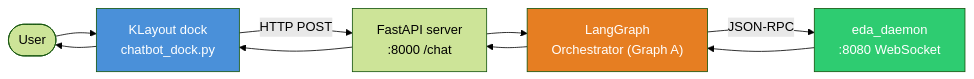
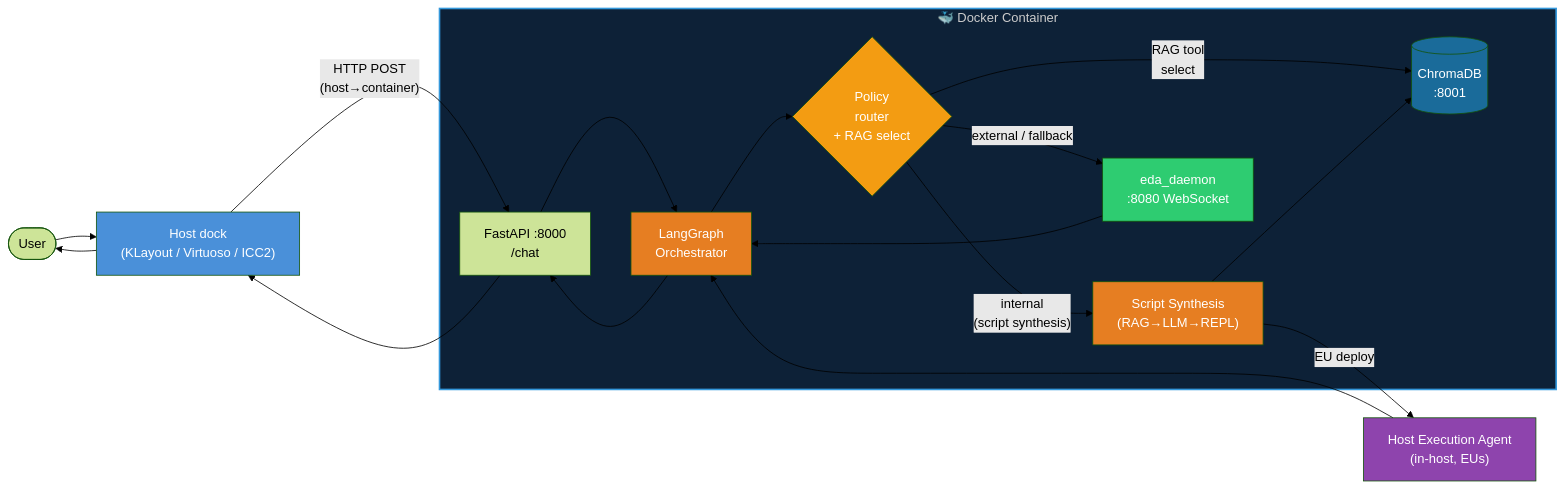
One commit to sandipanghosh81/programming changed the first of 11 diagrams in vlsi/docs/architecture.md. Above: the diagram before and after it, drawn with Mermaid (forest theme). The commit also changed other lines of this file and 5 other files, not shown here.

````diff
--- a/vlsi/docs/architecture.md
+++ b/vlsi/docs/architecture.md
@@ -23,21 +44,36 @@
 ```mermaid
 flowchart LR
     User([User])
-    KL["KLayout dock<br/>chatbot_dock.py"]
-    API["FastAPI server<br/>:8000 /chat"]
-    G["LangGraph<br/>Orchestrator (Graph A)"]
-    D["eda_daemon<br/>:8080 WebSocket"]
+    Dock["Host dock\n(KLayout / Virtuoso / ICC2)"]
+    HEA["Host Execution Agent\n(in-host, EUs)"]
 
-    User --> KL
-    KL -- HTTP POST --> API
-    API --> G
-    G -- JSON-RPC --> D
+    subgraph DC["🐳 Docker Container"]
+        API["FastAPI :8000\n/chat"]
+        G["LangGraph\nOrchestrator"]
+        P{"Policy\nrouter\n+ RAG select"}
+        SS["Script Synthesis\n(RAG→LLM→REPL)"]
+        CDB[("ChromaDB\n:8001")]
+        D["eda_daemon\n:8080 WebSocket"]
+    end
+
+    User --> Dock
+    Dock -- "HTTP POST\n(host→container)" --> API
+    API --> G --> P
+    P -- "RAG tool\nselect" --> CDB
+    P -- "internal\n(script synthesis)" --> SS
+    SS --> CDB
+    SS -- "EU deploy" --> HEA
+    P -- "external / fallback" --> D
+    HEA --> G
     D --> G
-    G --> API
-    API --> KL
-    KL --> User
+    G --> API --> Dock --> User
 
     style G fill:#e67e22,color:#fff
+    style P fill:#f39c12,color:#fff
+    style SS fill:#e67e22,color:#fff
+    style HEA fill:#8e44ad,color:#fff
     style D fill:#2ecc71,color:#fff
-    style KL fill:#4a90d9,color:#fff
+    style Dock fill:#4a90d9,color:#fff
+    style CDB fill:#1a6b9a,color:#fff
+    style DC fill:#0d2137,color:#ccc,stroke:#3498db,stroke-width:2px
 ```
````
